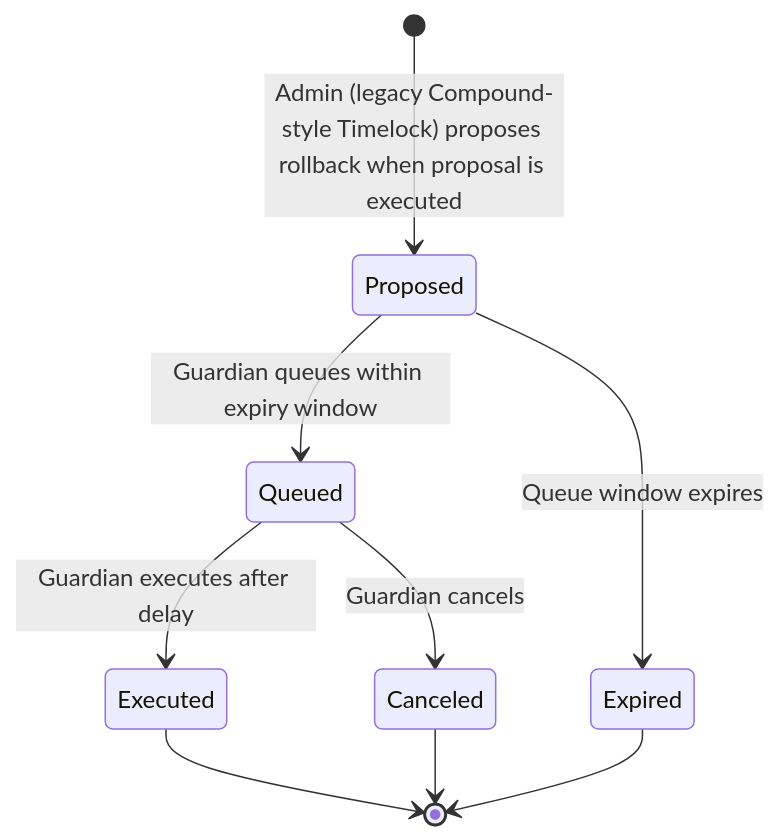
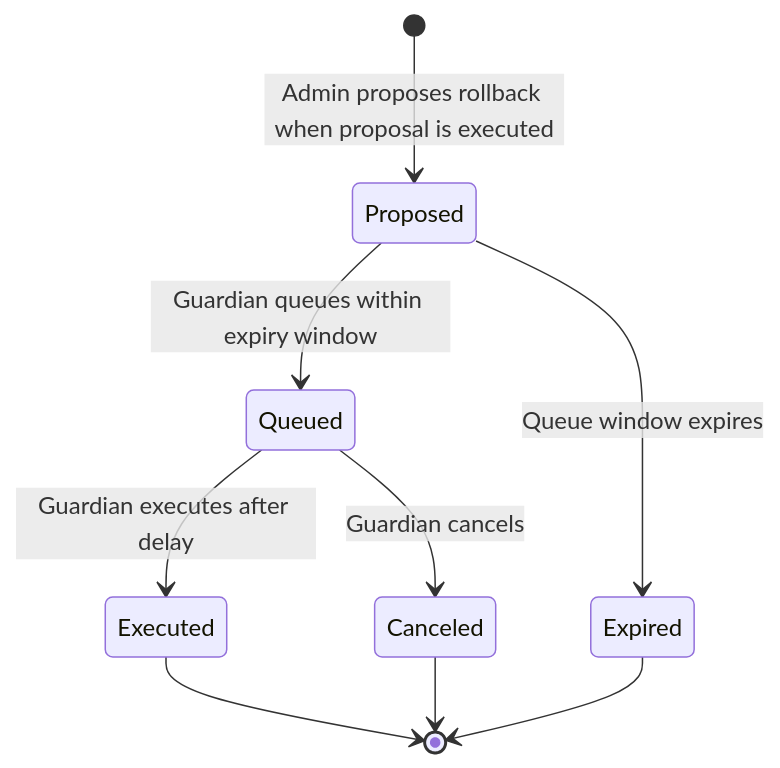
The diagram in README.md (ScopeLift/governance-rollback), drawn with Mermaid before and after one commit. The commit also changed other lines of this file and 4 other files, not shown here.

````diff
--- a/README.md
+++ b/README.md
@@ -176,11 +35,11 @@
 ```mermaid
 stateDiagram-v2
-    [*] --> Proposed: Admin (legacy Compound-style Timelock) proposes rollback when proposal is executed
+    [*] --> Proposed: Admin proposes rollback when proposal is executed
     Proposed --> Queued: Guardian queues within expiry window
     Proposed --> Expired: Queue window expires
     Queued --> Executed: Guardian executes after delay
     Queued --> Canceled: Guardian cancels
     Executed --> [*]
     Canceled --> [*]
     Expired --> [*]
 ```
````
